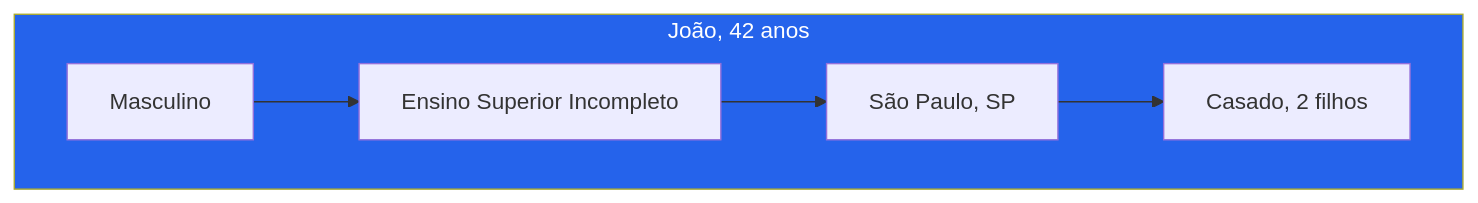
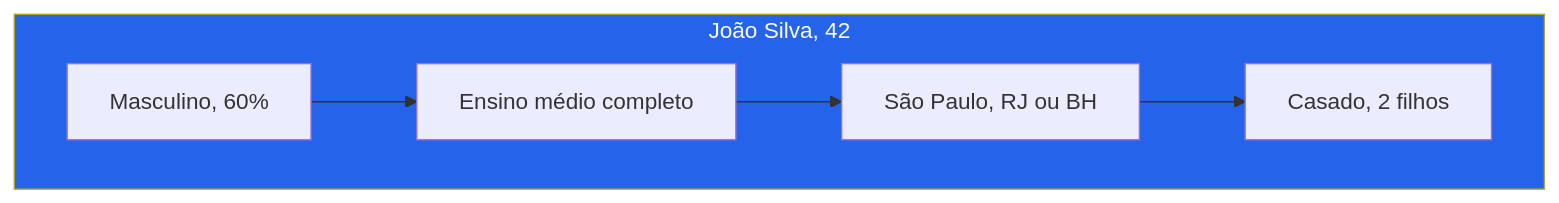
One commit to matheusmendes720/workconnect-tcc changed the second of 11 diagrams in documentation/docs/estrategia/personas.mdx. Above: the diagram before and after it, drawn with Mermaid. The commit also changed other lines of this file and 16 other files, not shown here.

````diff
--- a/documentation/docs/estrategia/personas.mdx
+++ b/documentation/docs/estrategia/personas.mdx
@@ -23,10 +58,10 @@
 ```mermaid
 graph TD
-    subgraph PERFIL["João, 42 anos"]
-        A["Masculino"] --> B["Ensino Superior Incompleto"]
-        B --> C["São Paulo, SP"]
-        C --> D["Casado, 2 filhos"]
+    subgraph PERFIL["João Silva, 42"]
+        A[Masculino, 60%] --> B[Ensino médio completo]
+        B --> C[São Paulo, RJ ou BH]
+        C --> D[Casado, 2 filhos]
     end
-    
+
     style PERFIL fill:#2563eb,color:#fff
 ```
````
